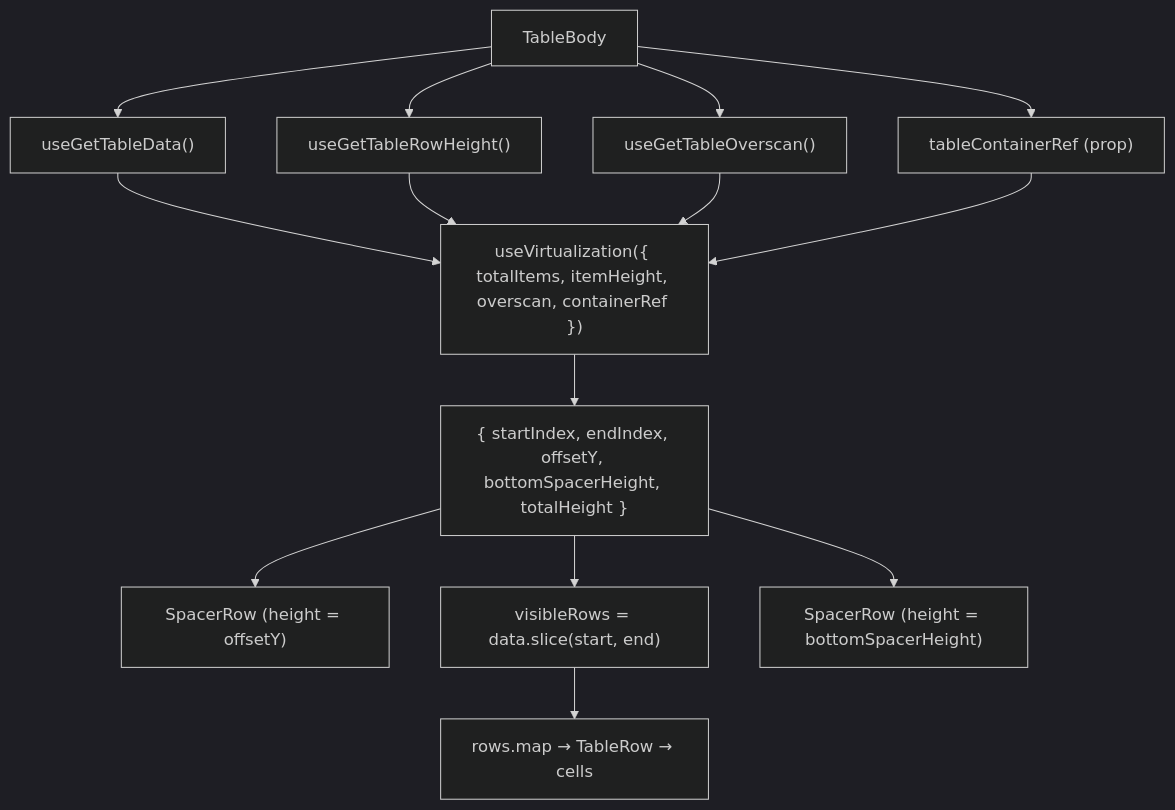
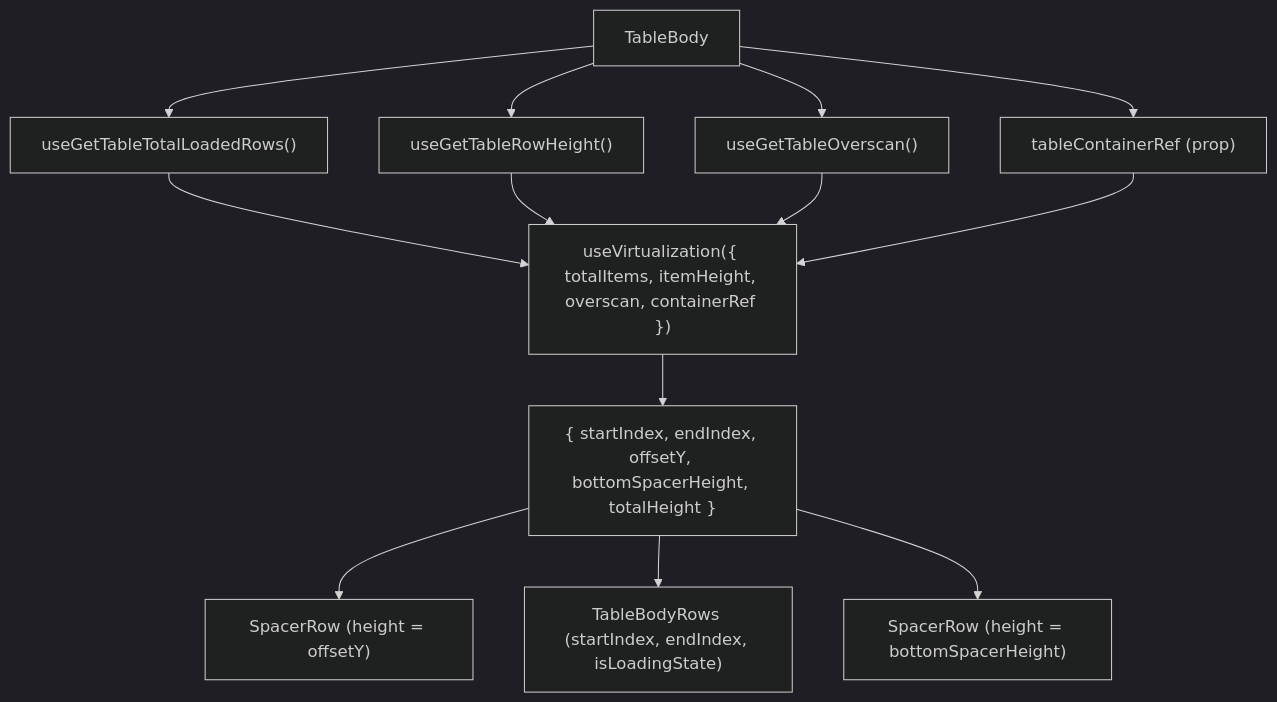
One commit to luciocabrera/lcabrera-stack changed the diagram in src/components/Table/TableBody/ARCHITECTURE.md. Above: the diagram before and after it, drawn with Mermaid (dark theme). The commit also changed other lines of this file and 17 other files, not shown here.

First line of the commit message:
refactor(Table): Simplify row rendering and improve virtualization

````diff
--- a/src/components/Table/TableBody/ARCHITECTURE.md
+++ b/src/components/Table/TableBody/ARCHITECTURE.md
@@ -56,18 +64,17 @@
 ```mermaid
 graph TD
-  TB["TableBody"] --> data["useGetTableData()"]
+  TB["TableBody"] --> count["useGetTableTotalLoadedRows()"]
   TB --> rh["useGetTableRowHeight()"]
   TB --> os["useGetTableOverscan()"]
   TB --> ref["tableContainerRef (prop)"]
 
-  data --> virt["useVirtualization({ totalItems, itemHeight, overscan, containerRef })"]
+  count --> virt["useVirtualization({ totalItems, itemHeight, overscan, containerRef })"]
   rh --> virt
   os --> virt
   ref --> virt
 
   virt --> range["{ startIndex, endIndex, offsetY, bottomSpacerHeight, totalHeight }"]
   range --> topSpacer["SpacerRow (height = offsetY)"]
-  range --> rows["visibleRows = data.slice(start, end)"]
+  range --> rows["TableBodyRows (startIndex, endIndex, isLoadingState)"]
   range --> bottomSpacer["SpacerRow (height = bottomSpacerHeight)"]
-  rows --> map["rows.map → TableRow → cells"]
 ```
````
